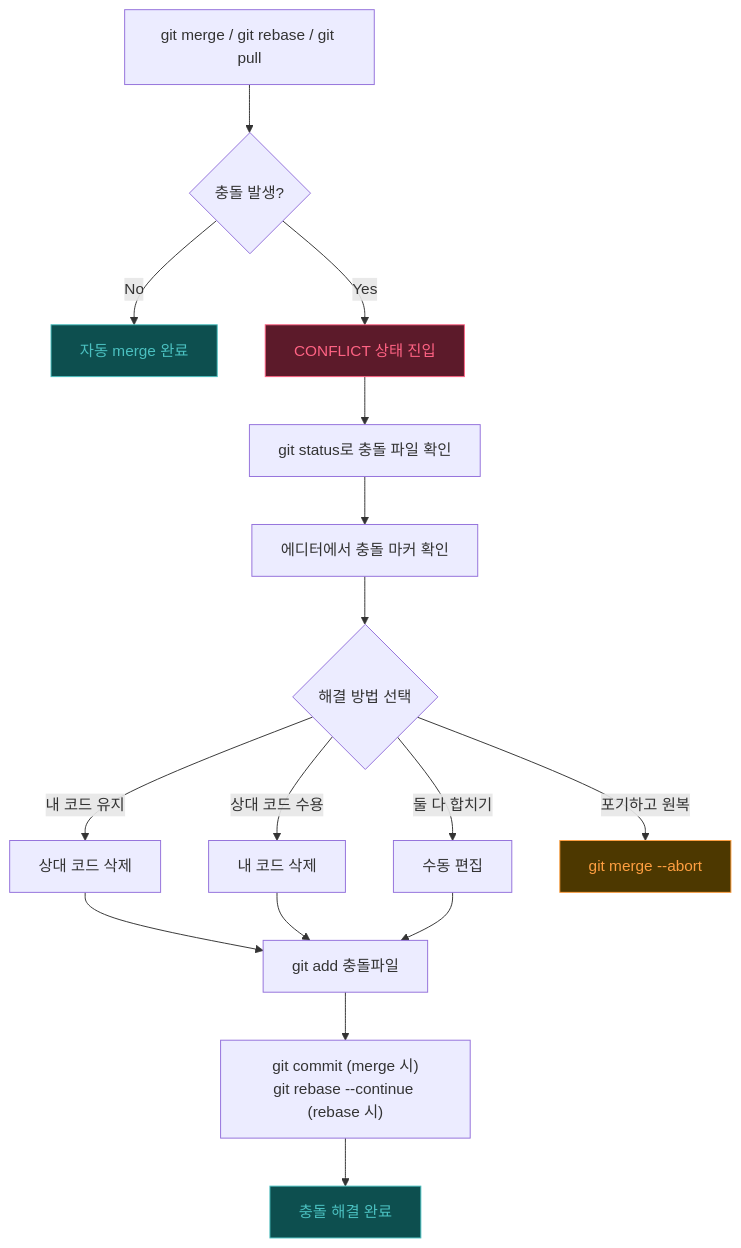
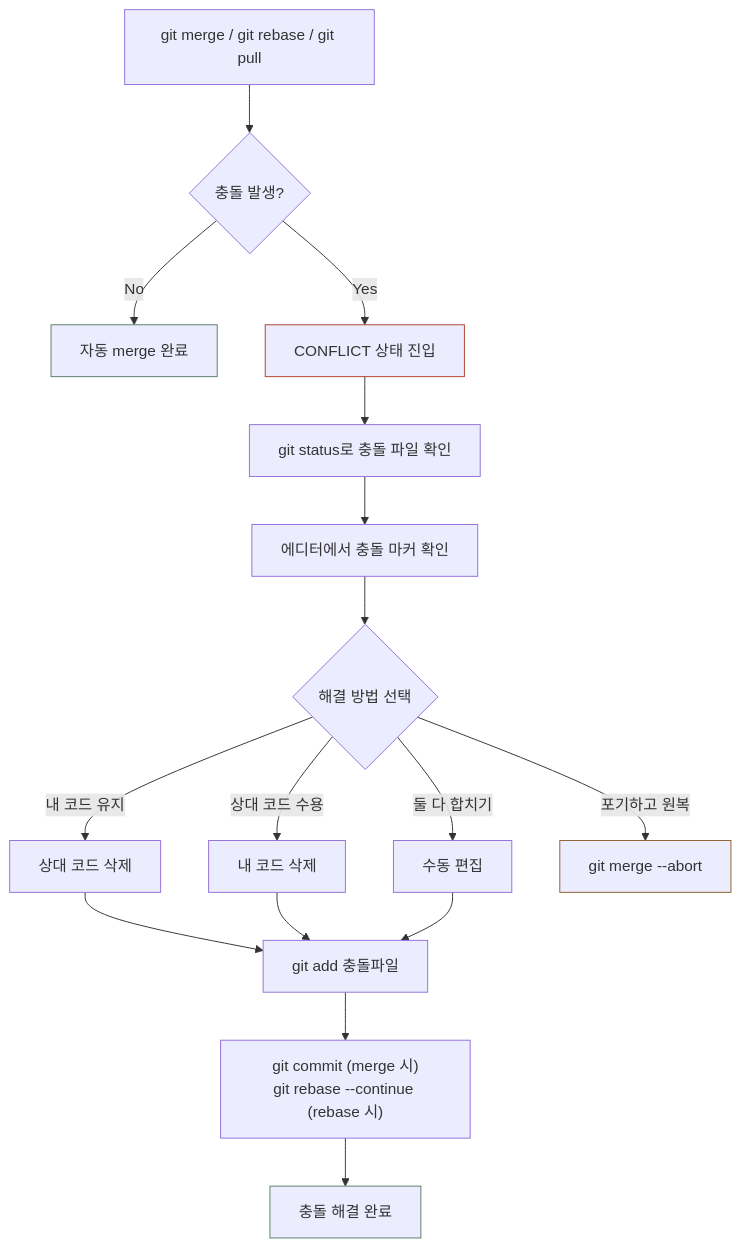
Before and after one commit to chkimsu/adtech-blog: diagram 12 of 13 in posts/git-practical-guide.md, drawn with Mermaid. The commit also changed other lines of this file and 40 other files, not shown here.

````diff
--- a/posts/git-practical-guide.md
+++ b/posts/git-practical-guide.md
@@ -672,23 +672,23 @@
 ```mermaid
 flowchart TD
     A["git merge / git rebase / git pull"] --> B{"충돌 발생?"}
     B -->|"No"| C["자동 merge 완료"]
     B -->|"Yes"| D["CONFLICT 상태 진입"]
     D --> E["git status로 충돌 파일 확인"]
     E --> F["에디터에서 충돌 마커 확인"]
     F --> G{"해결 방법 선택"}
     G -->|"내 코드 유지"| H["상대 코드 삭제"]
     G -->|"상대 코드 수용"| I["내 코드 삭제"]
     G -->|"둘 다 합치기"| J["수동 편집"]
     G -->|"포기하고 원복"| K["git merge --abort"]
     H --> L["git add 충돌파일"]
     I --> L
     J --> L
     L --> M["git commit (merge 시)<br/>git rebase --continue (rebase 시)"]
     M --> N["충돌 해결 완료"]
 
-    style C fill:#0d4f4f,stroke:#4bc0c0,color:#4bc0c0
-    style D fill:#5c1a2a,stroke:#ff6384,color:#ff6384
-    style N fill:#0d4f4f,stroke:#4bc0c0,color:#4bc0c0
-    style K fill:#4d3800,stroke:#ff9f40,color:#ff9f40
+    style C stroke:#5b7d6a
+    style D stroke:#b0442c
+    style N stroke:#5b7d6a
+    style K stroke:#8f6231
 ```
````
